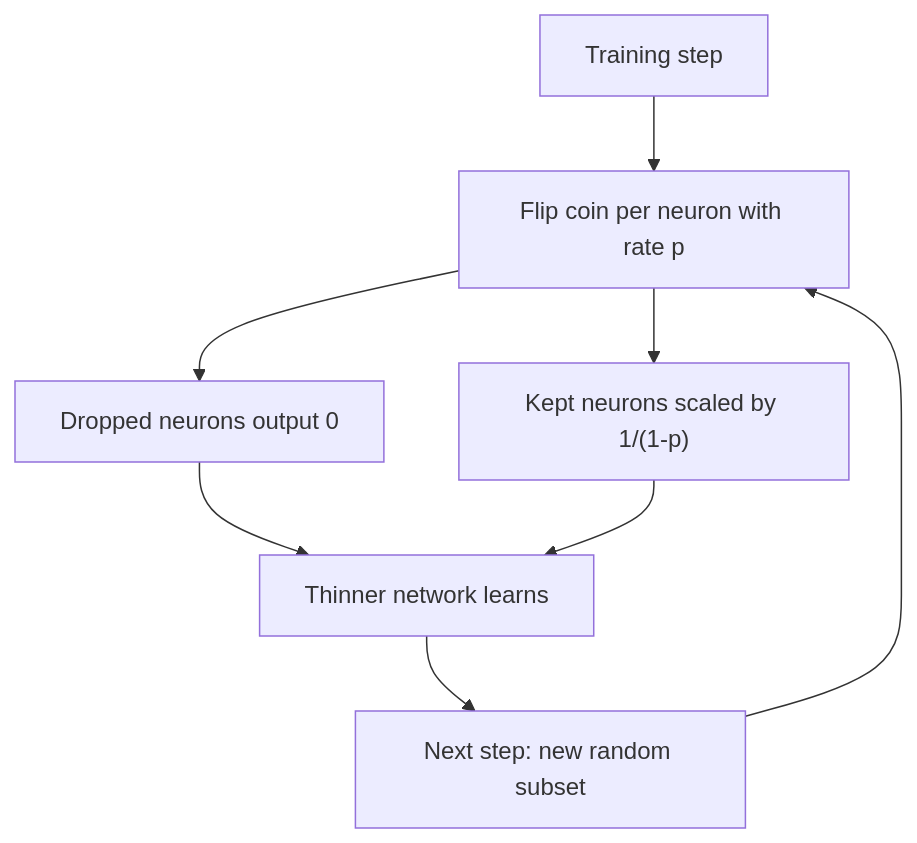
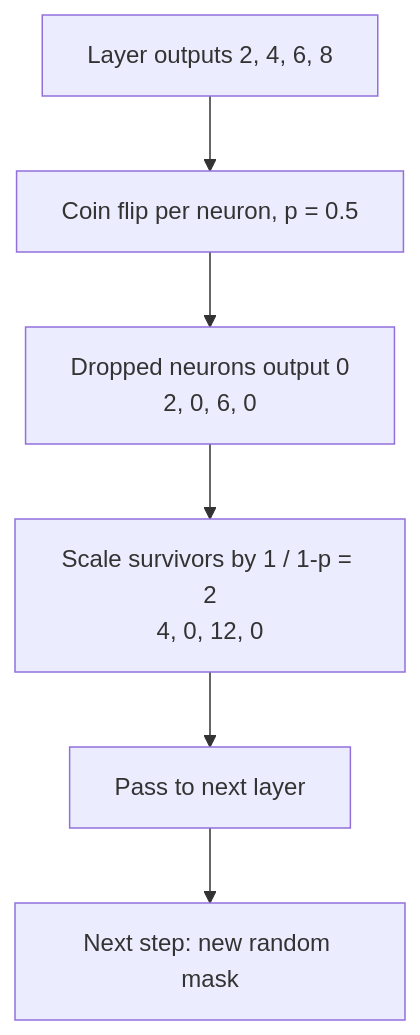
Before and after one commit to kaisarnajar/outcome-school-blogs: the first of 2 diagrams in notes/step-02-deep-learning-and-neural-networks/037-dropout-in-neural-networks.md, drawn with Mermaid. The commit also changed other lines of this file and 233 other files, not shown here.

````diff
--- a/notes/step-02-deep-learning-and-neural-networks/037-dropout-in-neural-networks.md
+++ b/notes/step-02-deep-learning-and-neural-networks/037-dropout-in-neural-networks.md
@@ -50,10 +73,8 @@
 ```mermaid
 flowchart TD
-    A["Training step"] --> B["Flip coin per neuron with rate p"]
-    B --> C["Dropped neurons output 0"]
-    B --> D["Kept neurons scaled by 1/(1-p)"]
-    C --> E["Thinner network learns"]
-    D --> E
-    E --> F["Next step: new random subset"]
-    F --> B
+    A["Layer outputs 2, 4, 6, 8"] --> B["Coin flip per neuron, p = 0.5"]
+    B --> C["Dropped neurons output 0<br/>2, 0, 6, 0"]
+    C --> D["Scale survivors by 1 / 1-p = 2<br/>4, 0, 12, 0"]
+    D --> E["Pass to next layer"]
+    E --> F["Next step: new random mask"]
 ```
````
